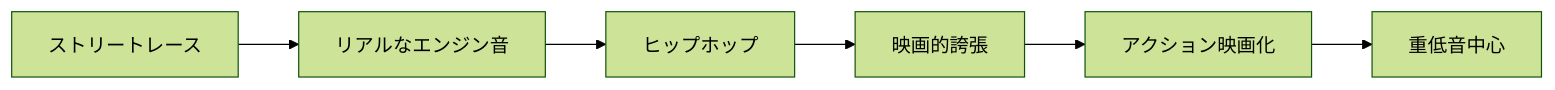
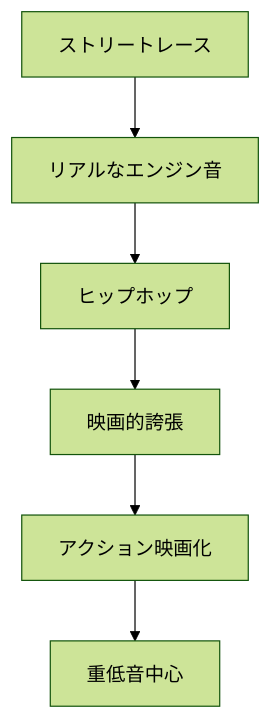
Before and after one commit to monumental-movement/monumental-movement.github.io: the diagram in _posts/2026-04-03-column-fast-and-furious.md, drawn with Mermaid (forest theme). The commit also changed other lines of this file and 2 other files, not shown here.

```diff
--- a/_posts/2026-04-03-column-fast-and-furious.md
+++ b/_posts/2026-04-03-column-fast-and-furious.md
@@ -121,8 +123,8 @@
 <div class="mermaid">
-graph LR
+graph TD
 A[ストリートレース] --> B[リアルなエンジン音]
 B --> C[ヒップホップ]
 C --> D[映画的誇張]
 D --> E[アクション映画化]
 E --> F[重低音中心]
 </div>
```
